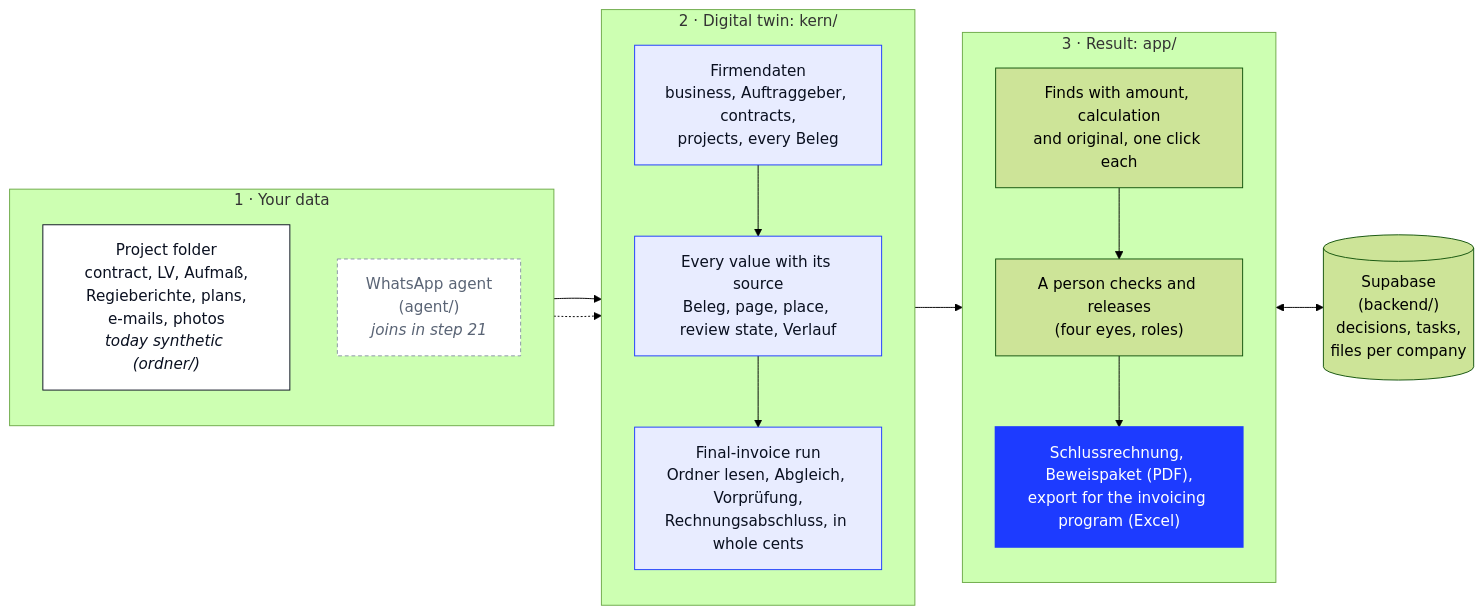
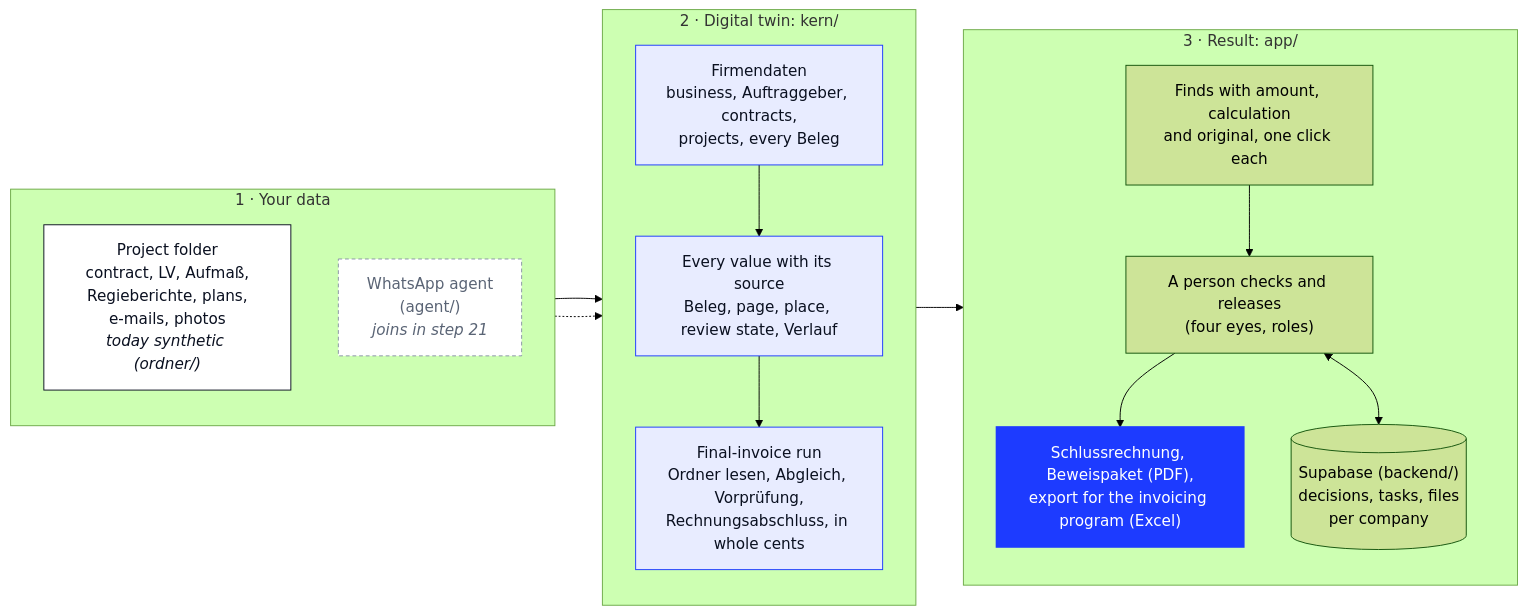
The diagram in README.md (tieout-at/tieout), drawn with Mermaid (forest theme) before and after one commit.

Commit message:
README: database inside the result column of the diagram

````diff
--- a/README.md
+++ b/README.md
@@ -41,36 +41,36 @@
 ```mermaid
 flowchart LR
     classDef input fill:#ffffff,stroke:#0a1020,stroke-width:1px,color:#0a1020;
     classDef core fill:#e8ecff,stroke:#1d3bff,stroke-width:1px,color:#0a1020;
     classDef out fill:#1d3bff,stroke:#1d3bff,stroke-width:2px,color:#ffffff;
     classDef planned fill:#ffffff,stroke:#8a94a6,stroke-width:1px,stroke-dasharray:4 3,color:#5a6475;
 
     subgraph IN [1 · Your data]
         direction TB
         F["Project folder<br/>contract, LV, Aufmaß,<br/>Regieberichte, plans,<br/>e-mails, photos<br/><i>today synthetic (ordner/)</i>"]:::input
         W["WhatsApp agent<br/>(agent/)<br/><i>joins in step 21</i>"]:::planned
     end
 
     subgraph TW [2 · Digital twin: kern/]
         direction TB
         D["Firmendaten<br/>business, Auftraggeber, contracts,<br/>projects, every Beleg"]:::core
         V["Every value with its source<br/>Beleg, page, place, review state, Verlauf"]:::core
         R["Final-invoice run<br/>Ordner lesen, Abgleich, Vorprüfung,<br/>Rechnungsabschluss, in whole cents"]:::core
         D --> V --> R
     end
 
     subgraph OUT [3 · Result: app/]
         direction TB
         P["Finds with amount, calculation<br/>and original, one click each"]
         H["A person checks and releases<br/>(four eyes, roles)"]
         O["Schlussrechnung, Beweispaket (PDF),<br/>export for the invoicing program (Excel)"]:::out
+        DB[("Supabase (backend/)<br/>decisions, tasks, files<br/>per company")]
         P --> H --> O
+        H <--> DB
     end
 
-    DB[("Supabase<br/>(backend/)<br/>decisions, tasks,<br/>files per company")]
 
     F --> D
     W -.-> D
     R --> P
-    H <--> DB
 ```
````
